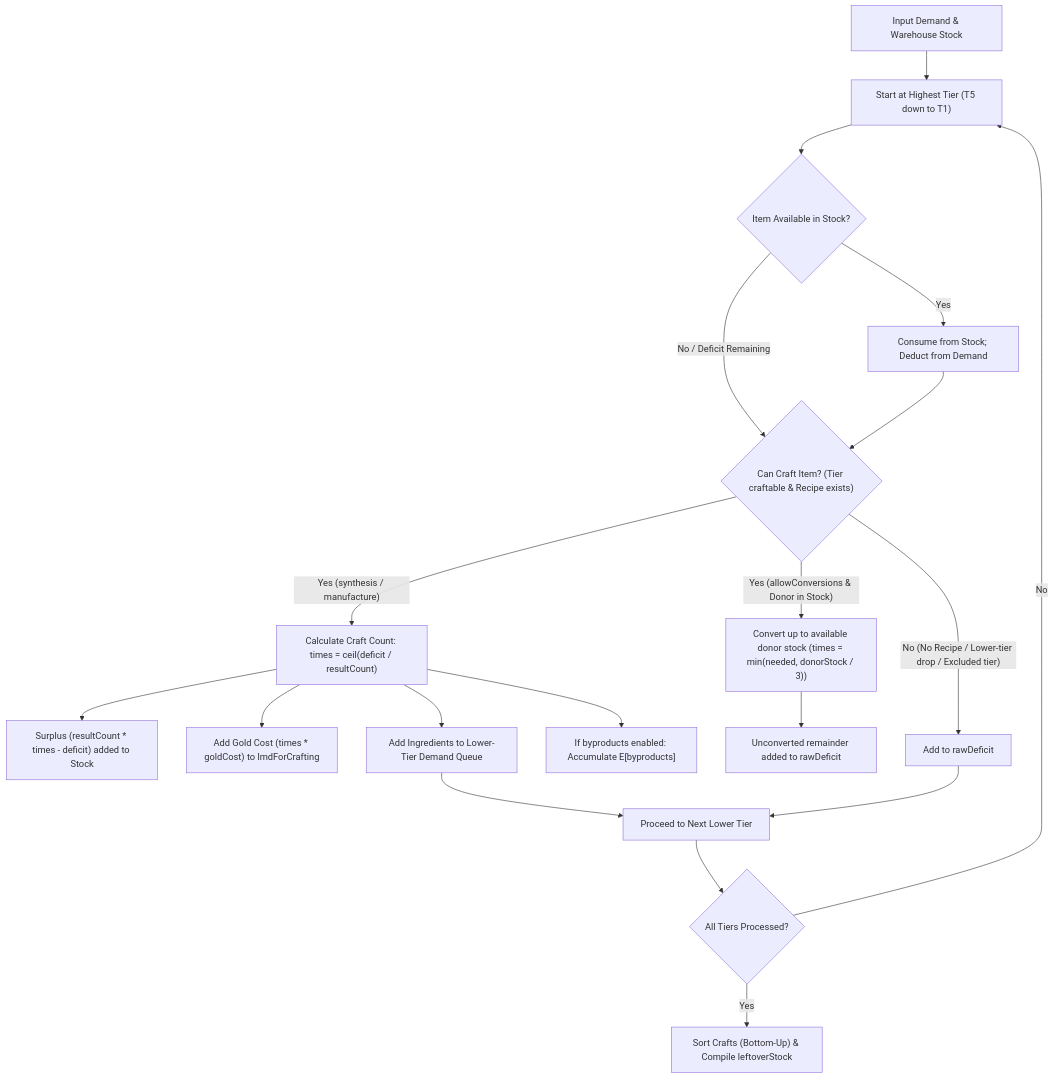
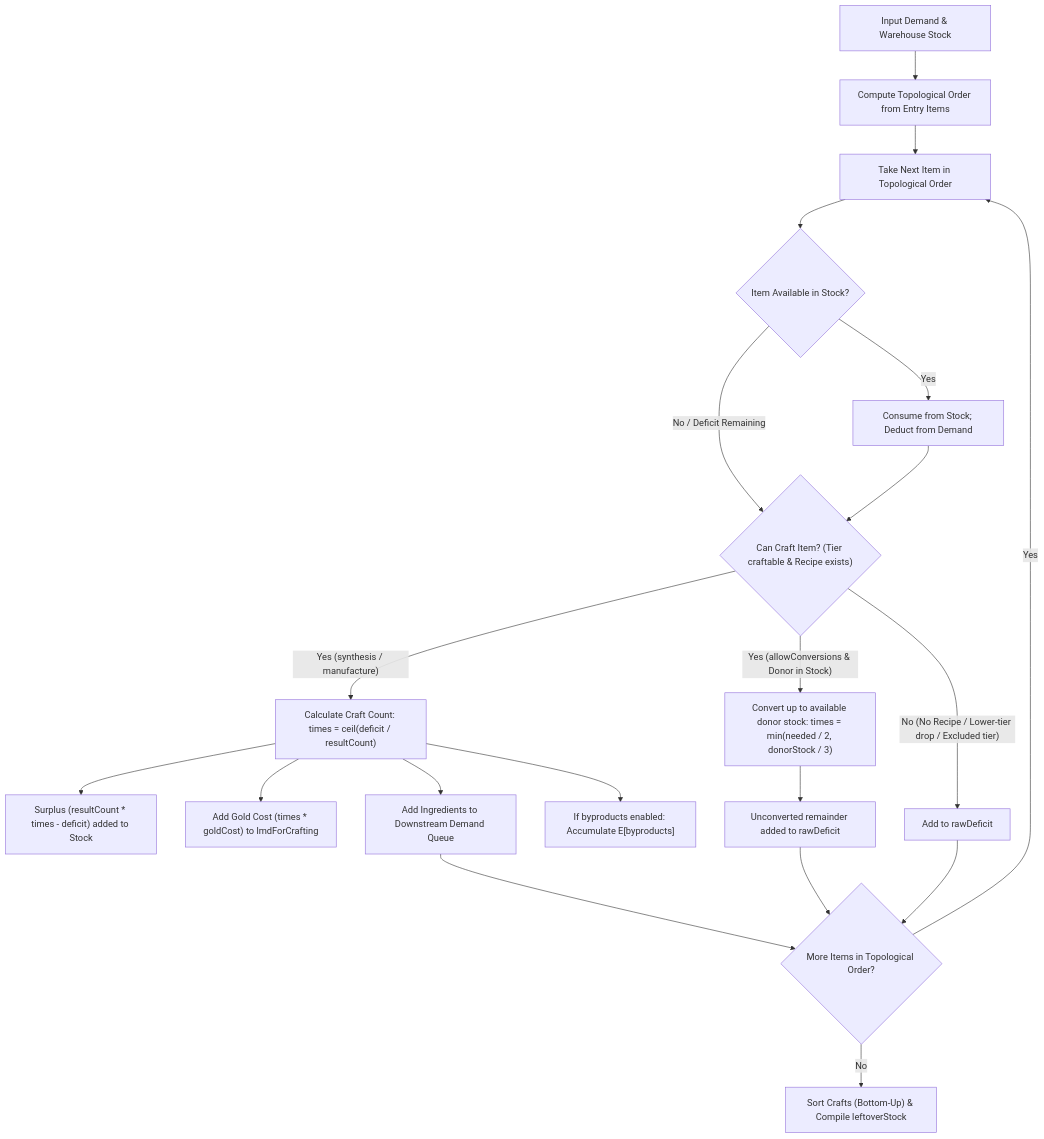
The diagram in docs/workshop.md (Migetsu/ArknightsCalculator), drawn with Mermaid before and after one commit. The commit also changed other lines of this file and 24 other files, not shown here.

````diff
--- a/docs/workshop.md
+++ b/docs/workshop.md
@@ -36,21 +36,22 @@
 ```mermaid
 flowchart TD
-    A["Input Demand & Warehouse Stock"] --> B["Start at Highest Tier (T5 down to T1)"]
-    B --> C{"Item Available in Stock?"}
-    C -- "Yes" --> D["Consume from Stock; Deduct from Demand"]
-    C -- "No / Deficit Remaining" --> E{"Can Craft Item? (Tier craftable & Recipe exists)"}
-    D --> E
-    E -- "Yes (synthesis / manufacture)" --> F["Calculate Craft Count: times = ceil(deficit / resultCount)"]
-    F --> G["Surplus (resultCount * times - deficit) added to Stock"]
-    F --> H["Add Gold Cost (times * goldCost) to lmdForCrafting"]
-    F --> I["Add Ingredients to Lower-Tier Demand Queue"]
-    F --> J["If byproducts enabled: Accumulate E[byproducts]"]
-    E -- "Yes (allowConversions & Donor in Stock)" --> K["Convert up to available donor stock (times = min(needed, donorStock / 3))"]
-    K --> L["Unconverted remainder added to rawDeficit"]
-    E -- "No (No Recipe / Lower-tier drop / Excluded tier)" --> M["Add to rawDeficit"]
-    I --> N["Proceed to Next Lower Tier"]
-    M --> N
-    N --> O{"All Tiers Processed?"}
-    O -- "No" --> B
-    O -- "Yes" --> P["Sort Crafts (Bottom-Up) & Compile leftoverStock"]
+    A["Input Demand & Warehouse Stock"] --> B["Compute Topological Order from Entry Items"]
+    B --> C["Take Next Item in Topological Order"]
+    C --> D{"Item Available in Stock?"}
+    D -- "Yes" --> E["Consume from Stock; Deduct from Demand"]
+    D -- "No / Deficit Remaining" --> F{"Can Craft Item? (Tier craftable & Recipe exists)"}
+    E --> F
+    F -- "Yes (synthesis / manufacture)" --> G["Calculate Craft Count: times = ceil(deficit / resultCount)"]
+    G --> H["Surplus (resultCount * times - deficit) added to Stock"]
+    G --> I["Add Gold Cost (times * goldCost) to lmdForCrafting"]
+    G --> J["Add Ingredients to Downstream Demand Queue"]
+    G --> K["If byproducts enabled: Accumulate E[byproducts]"]
+    F -- "Yes (allowConversions & Donor in Stock)" --> L["Convert up to available donor stock: times = min(needed / 2, donorStock / 3)"]
+    L --> M["Unconverted remainder added to rawDeficit"]
+    F -- "No (No Recipe / Lower-tier drop / Excluded tier)" --> N["Add to rawDeficit"]
+    J --> O{"More Items in Topological Order?"}
+    M --> O
+    N --> O
+    O -- "Yes" --> C
+    O -- "No" --> P["Sort Crafts (Bottom-Up) & Compile leftoverStock"]
 ```
````
